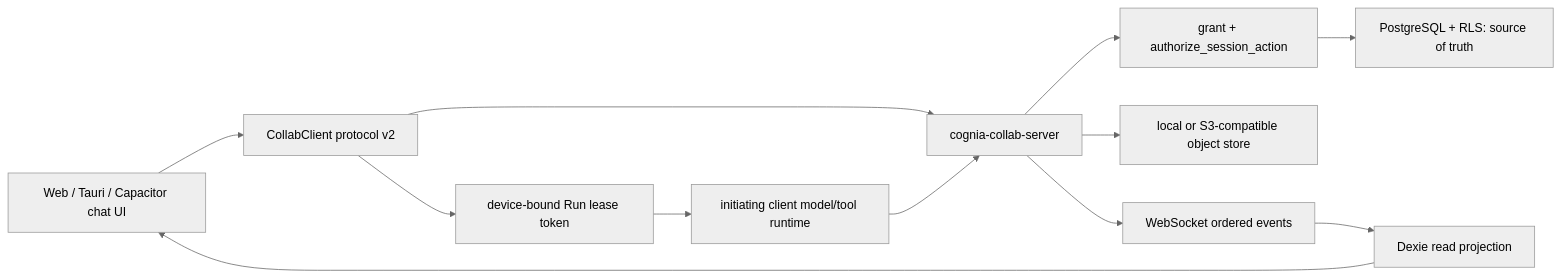
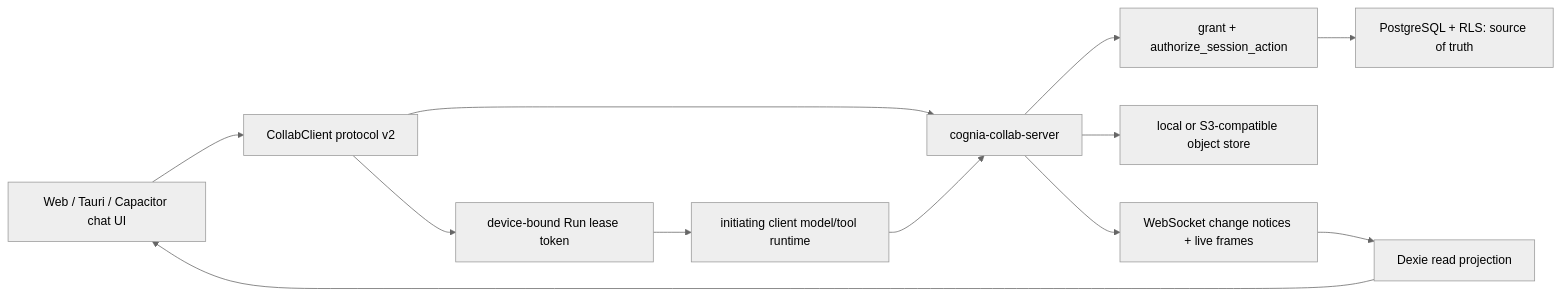
Before and after one commit to MaxQian888/cognia-next: the first of 3 diagrams in docs/plans/2026-08-29-server-authoritative-shared-ai-chat.md, drawn with Mermaid (neutral theme). The commit also changed other lines of this file and 96 other files, not shown here.

````diff
--- a/docs/plans/2026-08-29-server-authoritative-shared-ai-chat.md
+++ b/docs/plans/2026-08-29-server-authoritative-shared-ai-chat.md
@@ -54,14 +54,14 @@
 ```mermaid
 flowchart LR
   UI["Web / Tauri / Capacitor chat UI"] --> Client["CollabClient protocol v2"]
   Client --> API["cognia-collab-server"]
   API --> Auth["grant + authorize_session_action"]
   Auth --> PG["PostgreSQL + RLS: source of truth"]
   API --> Objects["local or S3-compatible object store"]
-  API --> Stream["WebSocket ordered events"]
+  API --> Stream["WebSocket change notices + live frames"]
   Stream --> Mirror["Dexie read projection"]
   Mirror --> UI
   Client --> Lease["device-bound Run lease token"]
   Lease --> LocalRun["initiating client model/tool runtime"]
   LocalRun --> API
 ```
````
